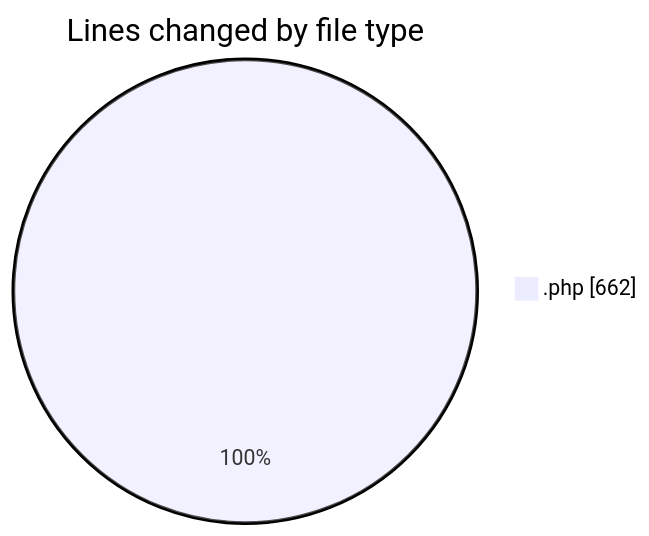
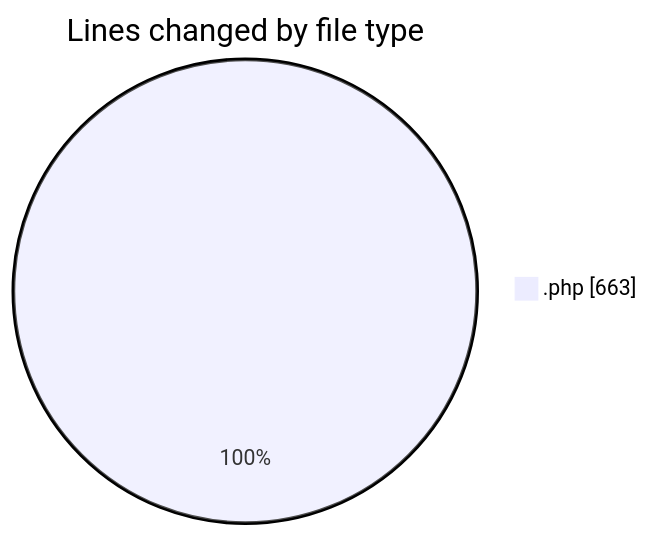
Before and after one commit to LanceThiago/code-tracking: the first of 2 diagrams in 2025-10-03/totem2/README.md, drawn with Mermaid. The commit also changed other lines of this file and 1 other file, not shown here.

````diff
--- a/2025-10-03/totem2/README.md
+++ b/2025-10-03/totem2/README.md
@@ -21,5 +21,5 @@
 ```mermaid
 pie showData
 title Lines changed by file type
-".php" : 662
+".php" : 663
 ```
````
